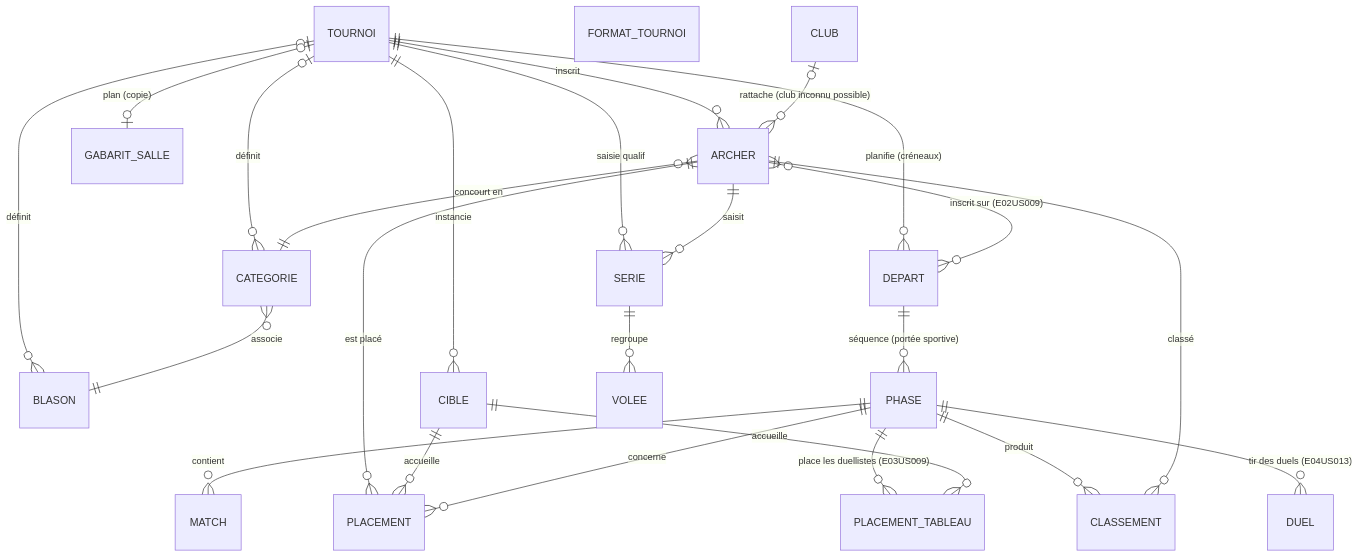
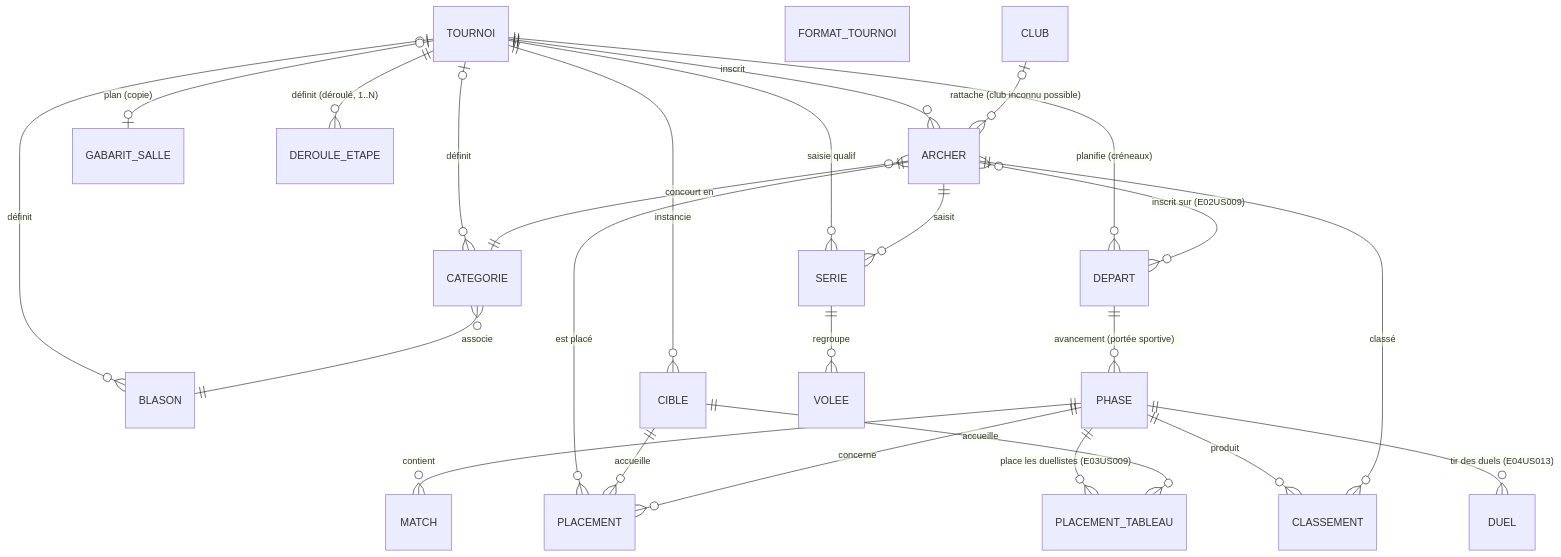
One commit to driano-gael/kervignarc changed the diagram in docs/modele-de-donnees.md. Above: the diagram before and after it, drawn with Mermaid. The commit also changed other lines of this file and 6 other files, not shown here.

````diff
--- a/docs/modele-de-donnees.md
+++ b/docs/modele-de-donnees.md
@@ -21,33 +22,37 @@
 ```mermaid
 erDiagram
     TOURNOI |o--o{ CATEGORIE : "définit"
     TOURNOI |o--o{ BLASON : "définit"
     TOURNOI ||--o{ ARCHER : "inscrit"
     TOURNOI ||--o{ CIBLE : "instancie"
     TOURNOI |o--o| GABARIT_SALLE : "plan (copie)"
     TOURNOI ||--o{ DEPART : "planifie (créneaux)"
     %% Le DÉPART est la **portée sportive** : il rejoue le tournoi en entier, donc il porte la
     %% séquence de phases, ses classements et ses tableaux (ADR-0075). La PHASE pendait au TOURNOI
     %% jusqu'au 06/08/2026 — treize mois de divergence avec ADR-0017, qui l'avait pourtant décidé.
-    DEPART ||--o{ PHASE : "séquence (portée sportive)"
+    %% Depuis ADR-0076, la **définition** du déroulé est au TOURNOI (DEROULE_ETAPE, une seule fois)
+    %% et la PHASE n'est plus que l'**avancement** de cette étape dans un créneau. Le lien
+    %% définition ↔ avancement se fait par `ordre`, pas par une FK (cf. DEROULE_ETAPE).
+    TOURNOI ||--o{ DEROULE_ETAPE : "définit (déroulé, 1..N)"
+    DEPART ||--o{ PHASE : "avancement (portée sportive)"
     %% FORMAT_TOURNOI et CLUB n'ont **aucune** FK vers TOURNOI : ce sont des
     %% référentiels du club, pas de la descendance d'une édition (E01US023).
     FORMAT_TOURNOI
 
     CLUB |o--o{ ARCHER : "rattache (club inconnu possible)"
     CATEGORIE }o--|| BLASON : "associe"
     ARCHER }o--|| CATEGORIE : "concourt en"
     ARCHER }o--o{ DEPART : "inscrit sur (E02US009)"
     ARCHER ||--o{ PLACEMENT : "est placé"
     CIBLE ||--o{ PLACEMENT : "accueille"
     PHASE ||--o{ MATCH : "contient"
     PHASE ||--o{ PLACEMENT : "concerne"
     PHASE ||--o{ PLACEMENT_TABLEAU : "place les duellistes (E03US009)"
     CIBLE ||--o{ PLACEMENT_TABLEAU : "accueille"
     PHASE ||--o{ CLASSEMENT : "produit"
     TOURNOI ||--o{ SERIE : "saisie qualif"
     ARCHER ||--o{ SERIE : "saisit"
     SERIE ||--o{ VOLEE : "regroupe"
     PHASE ||--o{ DUEL : "tir des duels (E04US013)"
     ARCHER ||--o{ CLASSEMENT : "classé"
 ```
````
